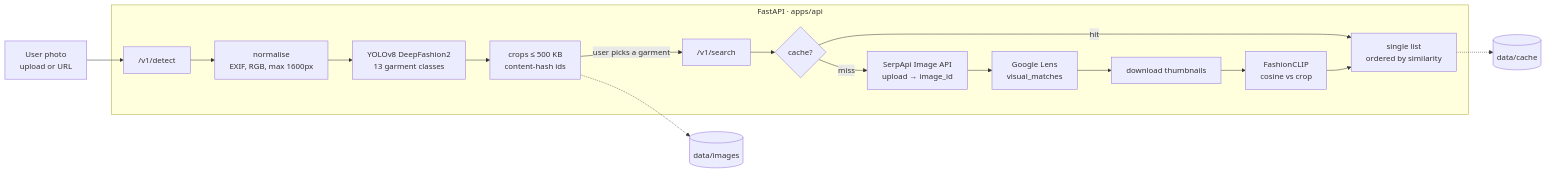
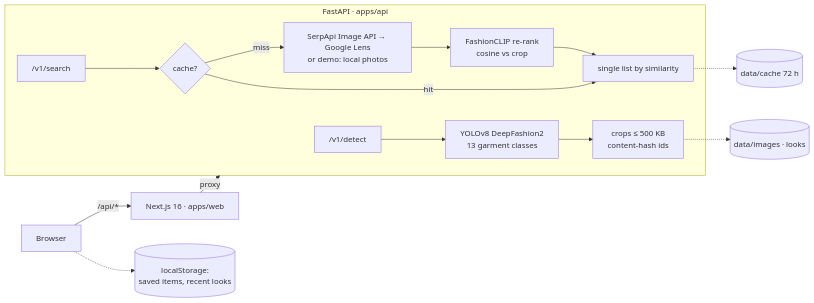
The diagram in README.md (matiasbellidor/Vibear-), drawn with Mermaid before and after one commit. The commit also changed other lines of this file and 54 other files, not shown here.

First line of the commit message:
Add the web app, design skill and one-command local setup

````diff
--- a/README.md
+++ b/README.md
@@ -9,19 +35,17 @@
 ```mermaid
 flowchart LR
-    U[User photo<br/>upload or URL] --> D["/v1/detect"]
-    subgraph API [FastAPI · apps/api]
-        D --> N[normalise<br/>EXIF, RGB, max 1600px]
-        N --> Y[YOLOv8 DeepFashion2<br/>13 garment classes]
+    B[Browser] -->|/api/*| N[Next.js 16 · apps/web]
+    N -->|proxy| A
+    subgraph A [FastAPI · apps/api]
+        D["/v1/detect"] --> Y[YOLOv8 DeepFashion2<br/>13 garment classes]
         Y --> C[crops ≤ 500 KB<br/>content-hash ids]
         S["/v1/search"] --> K{cache?}
+        K -- miss --> L[SerpApi Image API → Google Lens<br/>or demo: local photos]
+        L --> E[FashionCLIP re-rank<br/>cosine vs crop]
         K -- hit --> R
-        K -- miss --> L[SerpApi Image API<br/>upload → image_id]
-        L --> G[Google Lens<br/>visual_matches]
-        G --> T[download thumbnails]
-        T --> E[FashionCLIP<br/>cosine vs crop]
-        E --> R[single list<br/>ordered by similarity]
+        E --> R[single list by similarity]
     end
-    C -->|user picks a garment| S
-    C -.-> FS[(data/images)]
-    R -.-> FC[(data/cache)]
+    C -.-> FS[(data/images · looks)]
+    R -.-> FC[(data/cache 72 h)]
+    B -.-> LS[(localStorage:<br/>saved items, recent looks)]
 ```
````
